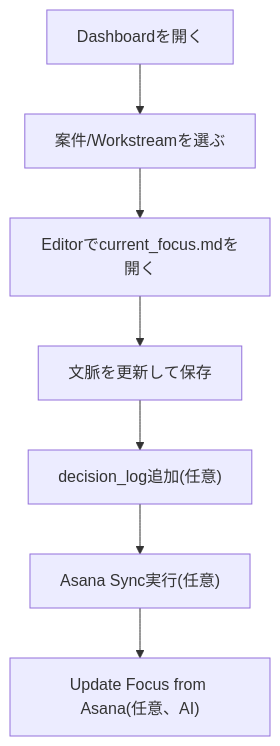
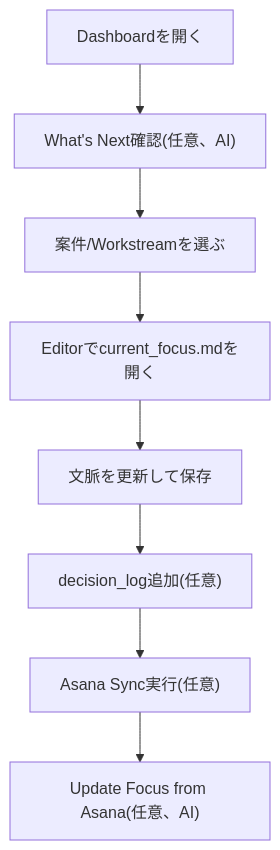
Before and after one commit to yt3trees/ProjectCurator: the third of 4 diagrams in README-ja.md, drawn with Mermaid. The commit also changed other lines of this file and 4 other files, not shown here.

````diff
--- a/README-ja.md
+++ b/README-ja.md
@@ -169,9 +173,10 @@
 ```mermaid
 flowchart TD
-    A["Dashboardを開く"] --> B["案件/Workstreamを選ぶ"]
-    B --> C["Editorでcurrent_focus.mdを開く"]
-    C --> D["文脈を更新して保存"]
-    D --> E["decision_log追加(任意)"]
-    E --> F["Asana Sync実行(任意)"]
-    F --> G["Update Focus from Asana(任意、AI)"]
+    A["Dashboardを開く"] --> B["What's Next確認(任意、AI)"]
+    B --> C["案件/Workstreamを選ぶ"]
+    C --> D["Editorでcurrent_focus.mdを開く"]
+    D --> E["文脈を更新して保存"]
+    E --> F["decision_log追加(任意)"]
+    F --> G["Asana Sync実行(任意)"]
+    G --> H["Update Focus from Asana(任意、AI)"]
 ```
````
